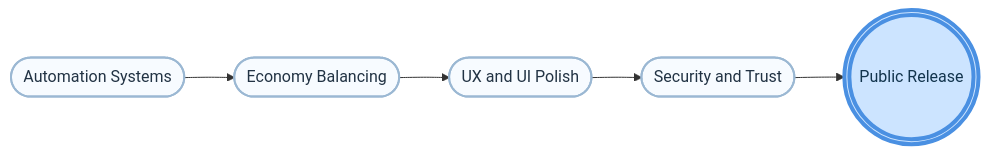
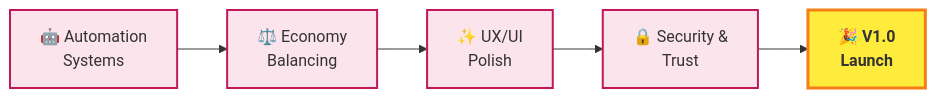
The sixth of 6 diagrams in ROADMAP.md (Bella-Addormentata/StarStationFurlong), drawn with Mermaid before and after one commit. The commit also changed other lines of this file, not shown here.

Commit message:
style(roadmap): modernize visual design and improve readability

````diff
--- a/ROADMAP.md
+++ b/ROADMAP.md
@@ -153,9 +188,13 @@
 ```mermaid
-flowchart LR
-    classDef future fill:#f7fbff,stroke:#9bb8d3,stroke-width:2px,color:#234,rx:10px,ry:10px
-    classDef milestone fill:#cce4ff,stroke:#4a90e2,stroke-width:4px,color:#12344d,rx:18px,ry:18px
-    A([Automation Systems]):::future --> B([Economy Balancing]):::future
-    B --> C([UX and UI Polish]):::future
-    C --> D([Security and Trust]):::future
-    D --> E(((Public Release))):::milestone
+graph LR
+    A[🤖 Automation<br/>Systems] --> B[⚖️ Economy<br/>Balancing]
+    B --> C[✨ UX/UI<br/>Polish]
+    C --> D[🔒 Security &<br/>Trust]
+    D --> E[🎉 V1.0<br/>Launch]
+    
+    style A fill:#fce4ec,stroke:#c2185b,stroke-width:2px
+    style B fill:#fce4ec,stroke:#c2185b,stroke-width:2px
+    style C fill:#fce4ec,stroke:#c2185b,stroke-width:2px
+    style D fill:#fce4ec,stroke:#c2185b,stroke-width:2px
+    style E fill:#ffeb3b,stroke:#f57f17,stroke-width:3px,font-weight:bold
 ```
````
